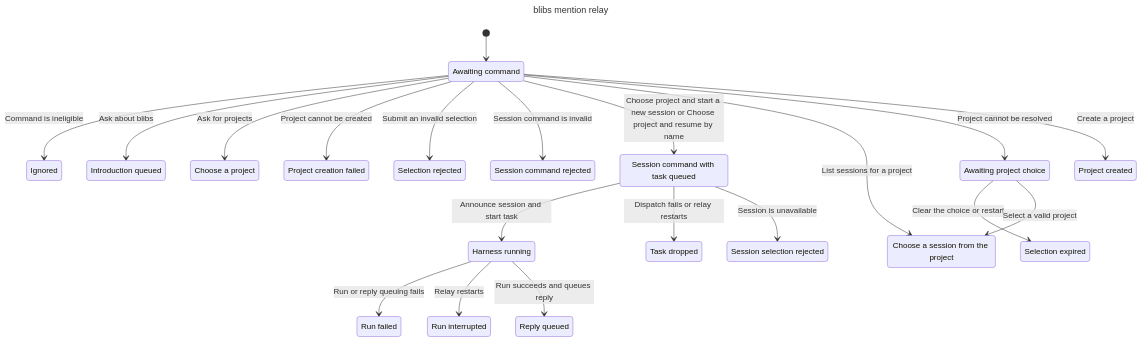
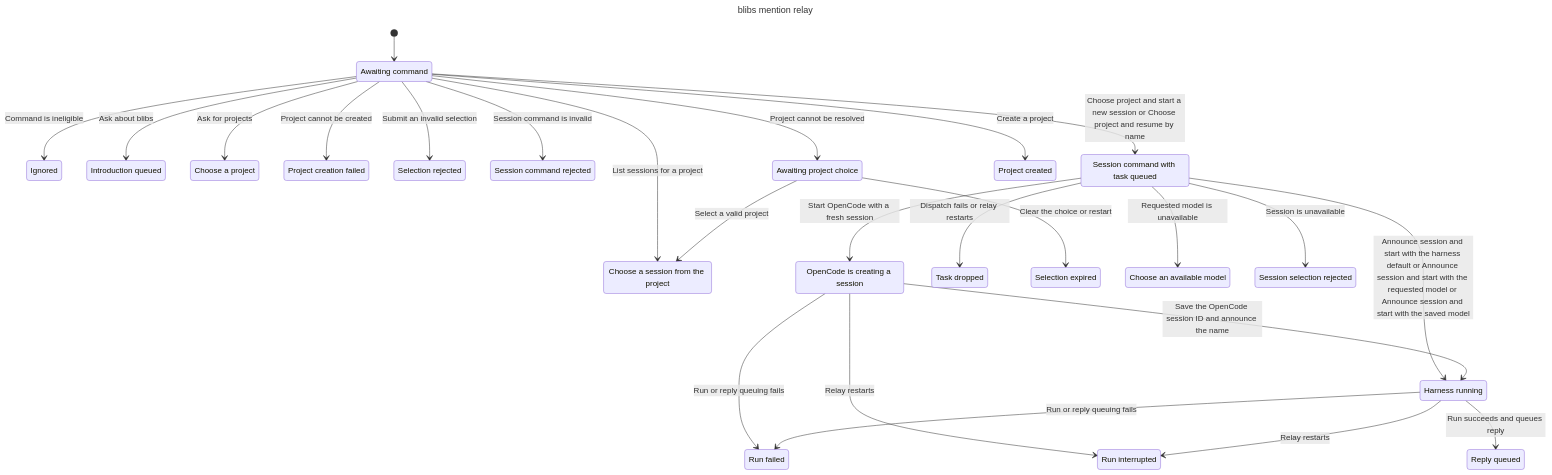
The second of 2 diagrams in tests/specs/MentionRelay.chart.md (gurjas-s/blibs), drawn with Mermaid before and after one commit. The commit also changed other lines of this file and 27 other files, not shown here.

Commit message:
Support OpenCode model selection and final replies

````diff
--- a/tests/specs/MentionRelay.chart.md
+++ b/tests/specs/MentionRelay.chart.md
@@ -21,43 +23,50 @@
 ```mermaid
 ---
 title: "blibs mention relay"
 ---
 stateDiagram-v2
   s0: Awaiting command
   s1: Ignored
   s2: Introduction queued
   s3: Choose a project
   s4: Project creation failed
   s5: Selection rejected
   s6: Session command rejected
   s7: Session command with task queued
   s8: Choose a session from the project
   s9: Awaiting project choice
-  s10: Harness running
-  s11: Project created
+  s10: Project created
+  s11: OpenCode is creating a session
   s12: Task dropped
   s13: Selection expired
-  s14: Session selection rejected
-  s15: Run failed
-  s16: Run interrupted
-  s17: Reply queued
+  s14: Choose an available model
+  s15: Harness running
+  s16: Session selection rejected
+  s17: Run failed
+  s18: Run interrupted
+  s19: Reply queued
   [*] --> s0
   s0 --> s1: Command is ineligible
   s0 --> s2: Ask about blibs
   s0 --> s3: Ask for projects
   s0 --> s4: Project cannot be created
   s0 --> s5: Submit an invalid selection
   s0 --> s6: Session command is invalid
   s0 --> s7: Choose project and start a new session or Choose project and resume by name
   s0 --> s8: List sessions for a project
   s0 --> s9: Project cannot be resolved
-  s7 --> s10: Announce session and start task
+  s7 --> s11: Start OpenCode with a fresh session
   s7 --> s12: Dispatch fails or relay restarts
-  s7 --> s14: Session is unavailable
+  s7 --> s14: Requested model is unavailable
+  s7 --> s16: Session is unavailable
+  s7 --> s15: Announce session and start with the harness default or Announce session and start with the requested model or Announce session and start with the saved model
   s9 --> s13: Clear the choice or restart
   s9 --> s8: Select a valid project
-  s0 --> s11: Create a project
-  s10 --> s15: Run or reply queuing fails
-  s10 --> s16: Relay restarts
-  s10 --> s17: Run succeeds and queues reply
+  s0 --> s10: Create a project
+  s11 --> s15: Save the OpenCode session ID and announce the name
+  s11 --> s17: Run or reply queuing fails
+  s11 --> s18: Relay restarts
+  s15 --> s17: Run or reply queuing fails
+  s15 --> s18: Relay restarts
+  s15 --> s19: Run succeeds and queues reply
 ```
````
